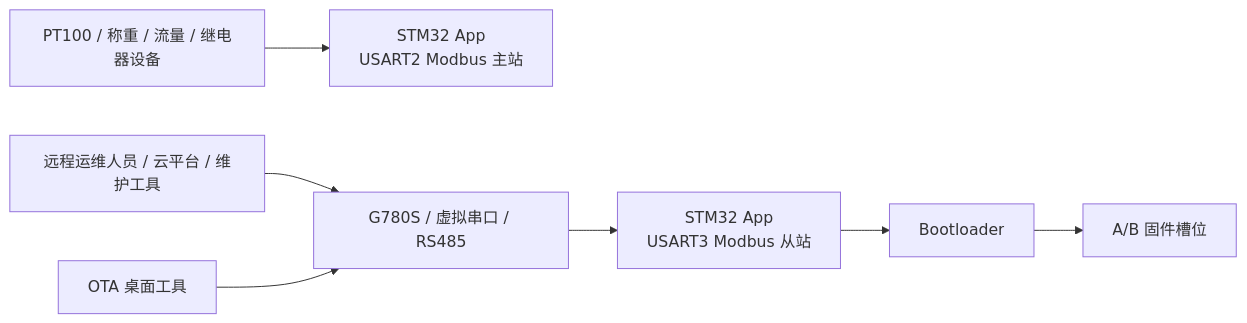
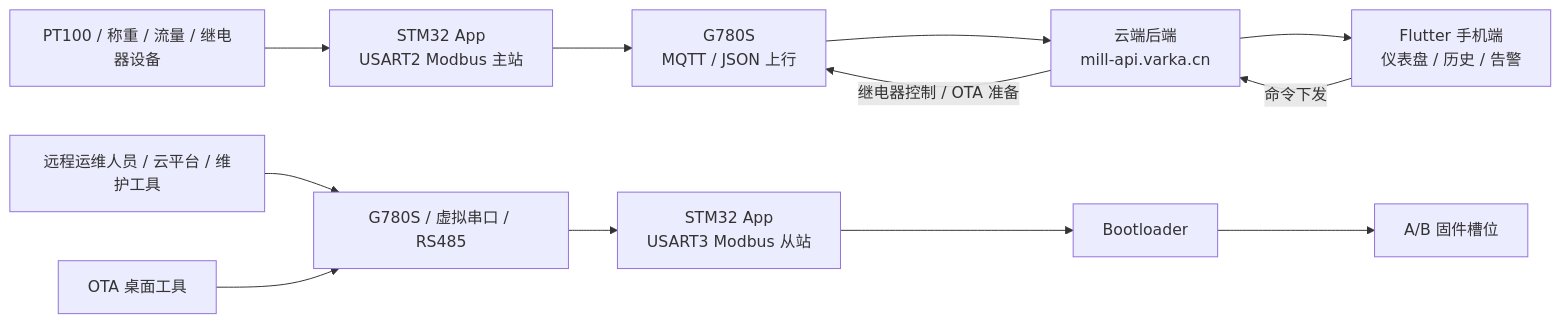
One commit to zhiqiangme/STM32_Industrial_IoT_Monitoring_System changed the diagram in README_CN.md. Above: the diagram before and after it, drawn with Mermaid. The commit also changed other lines of this file and 1 other file, not shown here.

Commit message:
更新 README 文件，添加 Flutter 手机端信息，扩展项目描述和功能概述

````diff
--- a/README_CN.md
+++ b/README_CN.md
@@ -47,9 +52,14 @@
 ```mermaid
 flowchart LR
     A["PT100 / 称重 / 流量 / 继电器设备"] --> B["STM32 App<br/>USART2 Modbus 主站"]
     C["远程运维人员 / 云平台 / 维护工具"] --> D["G780S / 虚拟串口 / RS485"]
     D --> E["STM32 App<br/>USART3 Modbus 从站"]
     F["OTA 桌面工具"] --> D
     E --> G["Bootloader"]
     G --> H["A/B 固件槽位"]
+    B --> I["G780S<br/>MQTT / JSON 上行"]
+    I --> J["云端后端<br/>mill-api.varka.cn"]
+    J --> K["Flutter 手机端<br/>仪表盘 / 历史 / 告警"]
+    K -->|命令下发| J
+    J -->|继电器控制 / OTA 准备| I
 ```
````
